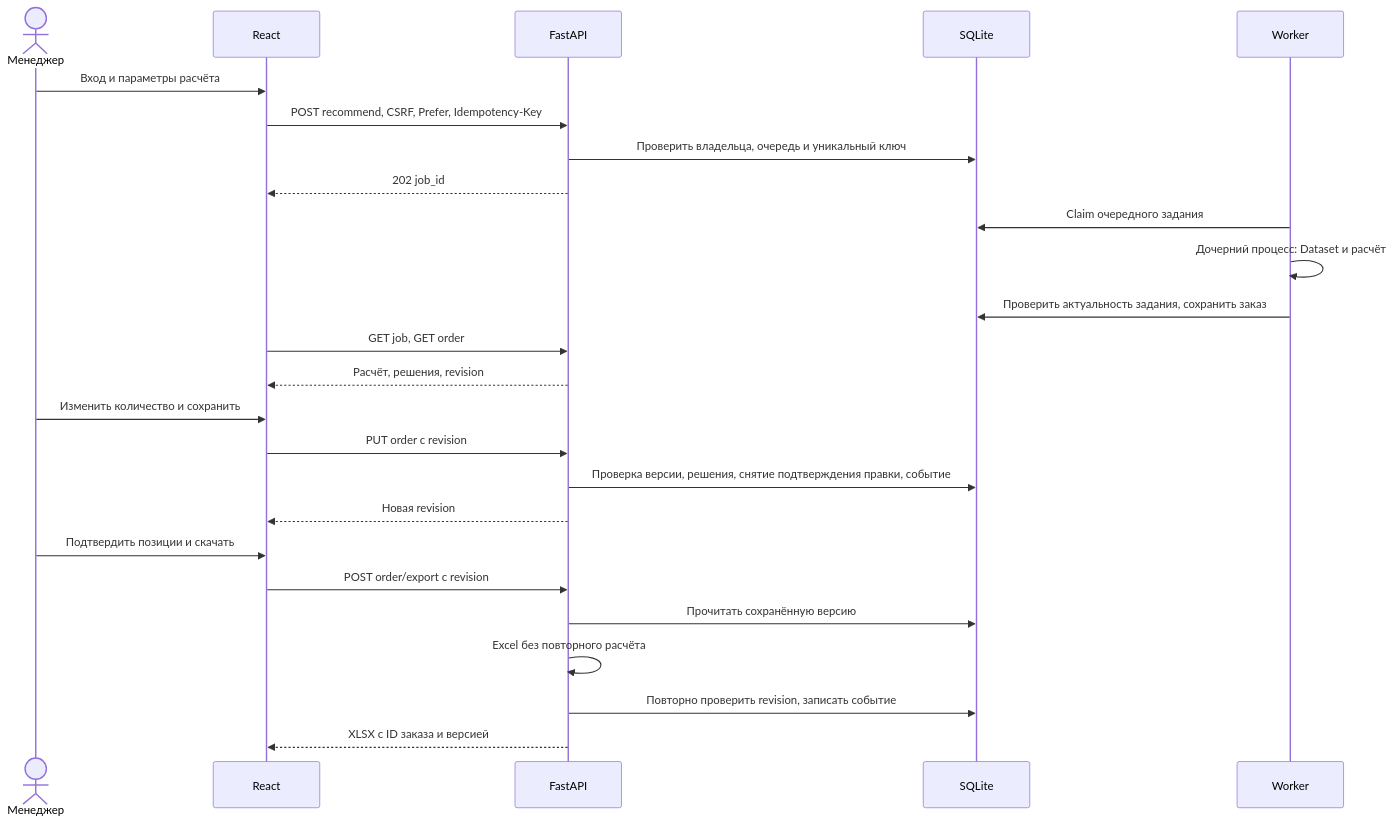
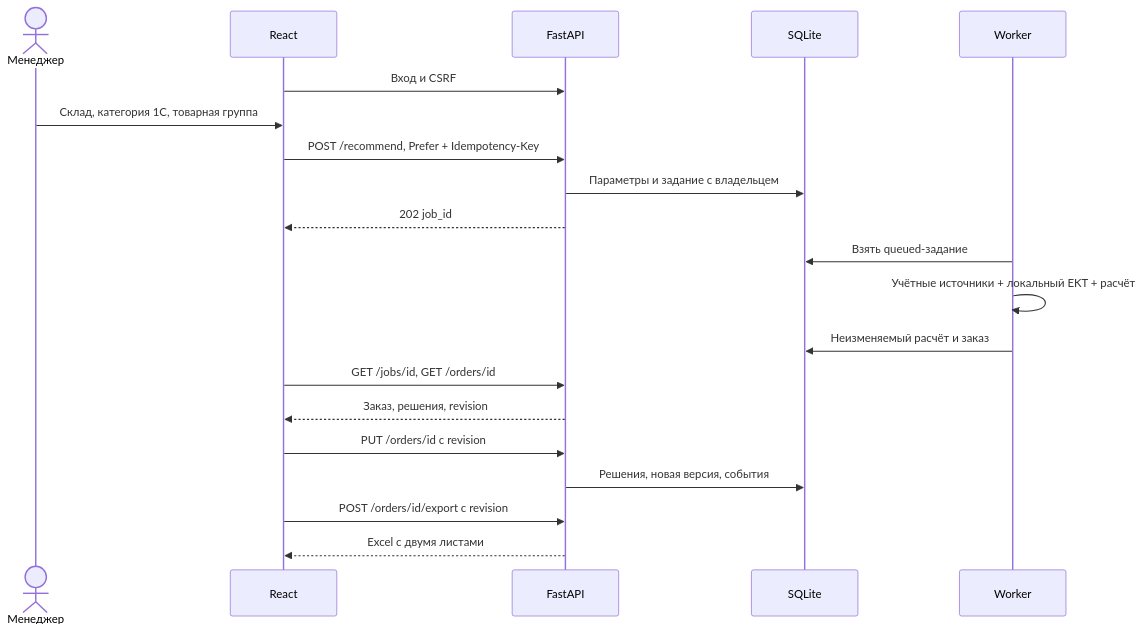
One commit to BAITC-Hacks/hack-a84ff6d0-hubtech changed the second of 2 diagrams in docs/АРХИТЕКТУРА.md. Above: the diagram before and after it, drawn with Mermaid. The commit also changed other lines of this file and 15 other files, not shown here.

````diff
--- a/docs/АРХИТЕКТУРА.md
+++ b/docs/АРХИТЕКТУРА.md
@@ -97,27 +112,22 @@
 ```mermaid
 sequenceDiagram
     actor M as Менеджер
     participant UI as React
     participant API as FastAPI
     participant DB as SQLite
     participant W as Worker
-    M->>UI: Вход и параметры расчёта
-    UI->>API: POST recommend, CSRF, Prefer, Idempotency-Key
-    API->>DB: Проверить владельца, очередь и уникальный ключ
+    UI->>API: Вход и CSRF
+    M->>UI: Склад, категория 1С, товарная группа
+    UI->>API: POST /recommend, Prefer + Idempotency-Key
+    API->>DB: Параметры и задание с владельцем
     API-->>UI: 202 job_id
-    W->>DB: Claim очередного задания
-    W->>W: Дочерний процесс: Dataset и расчёт
-    W->>DB: Проверить актуальность задания, сохранить заказ
-    UI->>API: GET job, GET order
-    API-->>UI: Расчёт, решения, revision
-    M->>UI: Изменить количество и сохранить
-    UI->>API: PUT order с revision
-    API->>DB: Проверка версии, решения, снятие подтверждения правки, событие
-    API-->>UI: Новая revision
-    M->>UI: Подтвердить позиции и скачать
-    UI->>API: POST order/export с revision
-    API->>DB: Прочитать сохранённую версию
-    API->>API: Excel без повторного расчёта
-    API->>DB: Повторно проверить revision, записать событие
-    API-->>UI: XLSX с ID заказа и версией
+    W->>DB: Взять queued-задание
+    W->>W: Учётные источники + локальный EKT + расчёт
+    W->>DB: Неизменяемый расчёт и заказ
+    UI->>API: GET /jobs/id, GET /orders/id
+    API-->>UI: Заказ, решения, revision
+    UI->>API: PUT /orders/id с revision
+    API->>DB: Решения, новая версия, события
+    UI->>API: POST /orders/id/export с revision
+    API-->>UI: Excel с двумя листами
 ```
````
